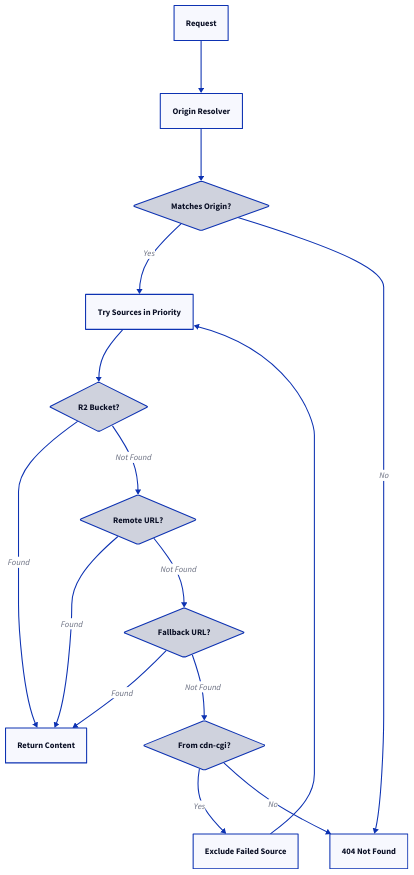
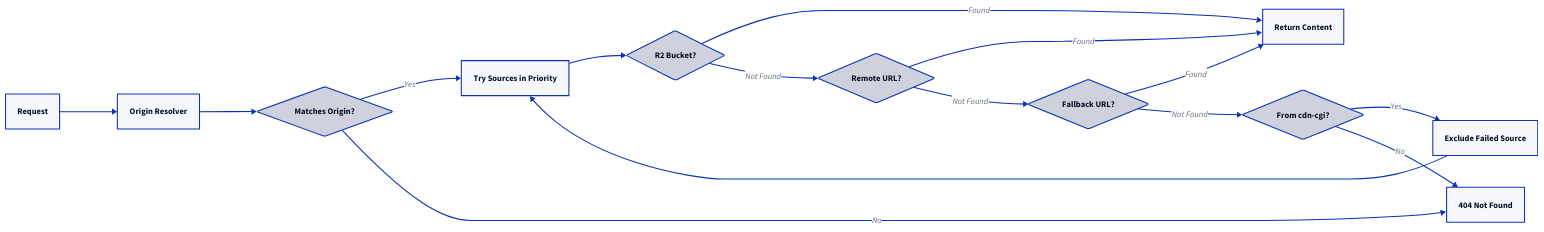
The fourth of 4 diagrams in src/content/docs/reference/media-transformation-architecture.mdx (erfianugrah/lexicanum), drawn with D2 before and after one commit.

Commit message:
docs: make origins resolution diagram horizontal

````diff
--- a/src/content/docs/reference/media-transformation-architecture.mdx
+++ b/src/content/docs/reference/media-transformation-architecture.mdx
@@ -292,41 +292,41 @@
 ```d2
-direction: down
+direction: right
 
 Request -> Resolve -> Match
 Match -> Sources: Yes
 Match -> Error404: No
 
 Sources -> R2
 R2 -> Success: Found
 R2 -> Remote: Not Found
 Remote -> Success: Found
 Remote -> Fallback: Not Found
 Fallback -> Success: Found
 Fallback -> Retry: Not Found
 
 Retry -> Exclude: Yes
 Retry -> Error404: No
 Exclude -> Sources
 
 Request: Request
 Resolve: Origin Resolver
 Match: Matches Origin? {
   shape: diamond
 }
 Sources: Try Sources in Priority
 Error404: 404 Not Found
 R2: R2 Bucket? {
   shape: diamond
 }
 Success: Return Content
 Remote: Remote URL? {
   shape: diamond
 }
 Fallback: Fallback URL? {
   shape: diamond
 }
 Retry: From cdn-cgi? {
   shape: diamond
 }
 Exclude: Exclude Failed Source
 ```
````
